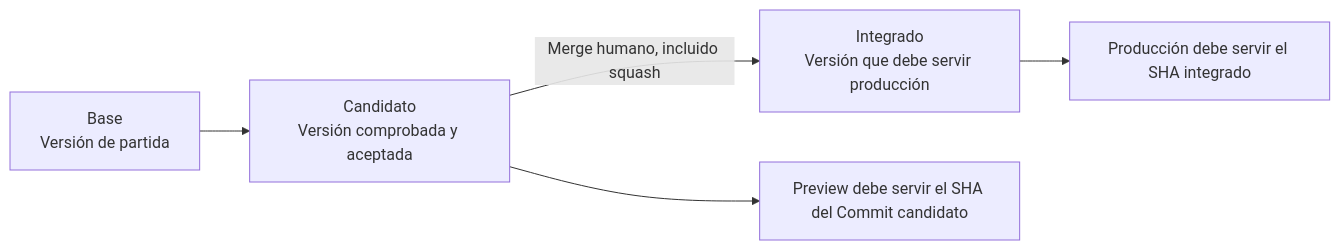
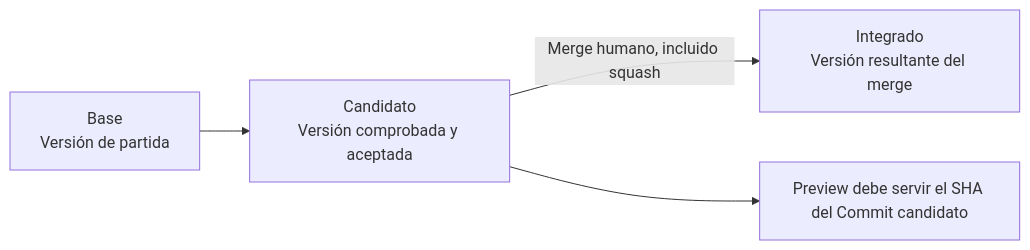
One commit to rubenbp/app-foundry changed the third of 3 diagrams in docs/manual/01-mapa.md. Above: the diagram before and after it, drawn with Mermaid. The commit also changed other lines of this file and 12 other files, not shown here.

Commit message:
docs: simplify issue authoring and MVP completion flow

````diff
--- a/docs/manual/01-mapa.md
+++ b/docs/manual/01-mapa.md
@@ -86,7 +82,6 @@
 ```mermaid
 flowchart LR
     B["Base<br/>Versión de partida"] --> C["Candidato<br/>Versión comprobada y aceptada"]
-    C -->|"Merge humano, incluido squash"| M["Integrado<br/>Versión que debe servir producción"]
+    C -->|"Merge humano, incluido squash"| M["Integrado<br/>Versión resultante del merge"]
     C --> V["Preview debe servir el SHA del Commit candidato"]
-    M --> P["Producción debe servir el SHA integrado"]
 ```
````
